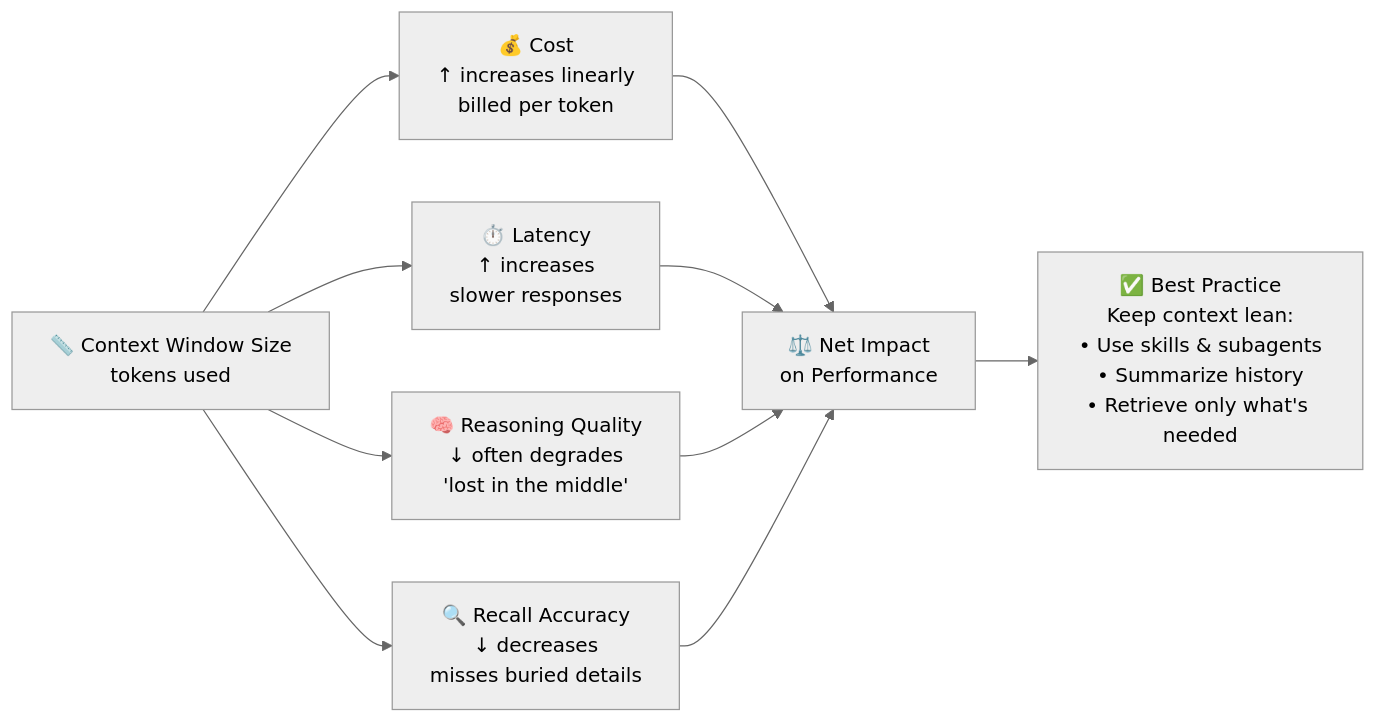
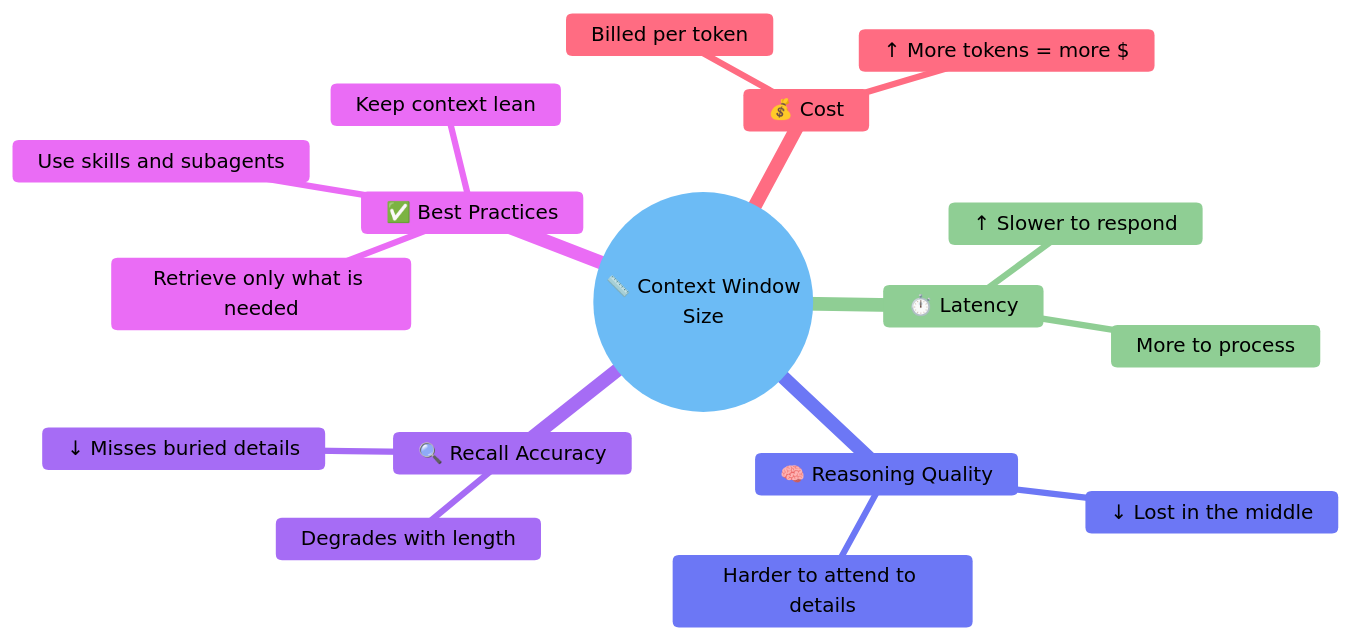
One commit to mjfrigaard/shiny-app-pkgs changed the first of 6 diagrams in tools.qmd. Above: the diagram before and after it, drawn with Mermaid. The commit also changed other lines of this file and 7 other files, not shown here.

````diff
--- a/tools.qmd
+++ b/tools.qmd
@@ -198,30 +200,25 @@
 ```{mermaid}
 %%| fig-cap: 'Agents vs. Chatbots'
 %%| fig-align: center
-%%{init: {'theme': 'neutral', 'themeVariables': { 'fontFamily': 'monospace', "fontSize":"16px"}}}%%
+%%{init: {'theme': 'base', 'themeVariables': {'primaryColor': '#e3f2fd', 'primaryBorderColor': '#1976d2', 'primaryTextColor': '#000000', 'secondaryColor': '#ffebee', 'secondaryBorderColor': '#c62828', 'tertiaryColor': '#e8f5e9', 'tertiaryBorderColor': '#2e7d32'}}}%%
 
-flowchart LR
-    ContextSize["📏 Context Window Size<br/>tokens used"]
-
-    ContextSize --> Cost["💰 Cost<br/>↑ increases linearly<br/>billed per token"]
-    ContextSize --> Latency["⏱️ Latency<br/>↑ increases<br/>slower responses"]
-    ContextSize --> Reasoning["🧠 Reasoning Quality<br/>↓ often degrades<br/>'lost in the middle'"]
-    ContextSize --> Recall["🔍 Recall Accuracy<br/>↓ decreases<br/>misses buried details"]
-
-    Cost --> Impact["⚖️ Net Impact<br/>on Performance"]
-    Latency --> Impact
-    Reasoning --> Impact
-    Recall --> Impact
-
-    Impact --> Strategy["✅ Best Practice<br/>Keep context lean:<br/>• Use skills & subagents<br/>• Summarize history<br/>• Retrieve only what's needed"]
-
-
-    %% style ContextSize fill:#e3f2fd,stroke:#1976d2,stroke-width:2px
-    %% style Cost fill:#ffebee,stroke:#c62828
-    %% style Latency fill:#ffebee,stroke:#c62828
-    %% style Reasoning fill:#ffebee,stroke:#c62828
-    %% style Recall fill:#ffebee,stroke:#c62828
-    %% style Impact fill:#fff9c4,stroke:#f9a825,stroke-width:2px
-    %% style Strategy fill:#e8f5e9,stroke:#2e7d32,stroke-width:2px
+mindmap
+  root(("📏 Context Window<br>Size"))
+    💰 Cost
+      ↑ More tokens = more $
+      Billed per token
+    ⏱️ Latency
+      ↑ Slower to respond
+      More to process
+    🧠 Reasoning Quality
+      ↓ Lost in the middle
+      Harder to attend to details
+    🔍 Recall Accuracy
+      ↓ Misses buried details
+      Degrades with length
+    ✅ Best Practices
+      Keep context lean
+      Use skills and subagents
+      Retrieve only what is needed
     
 ```
````
